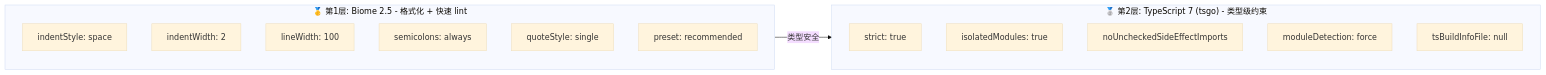
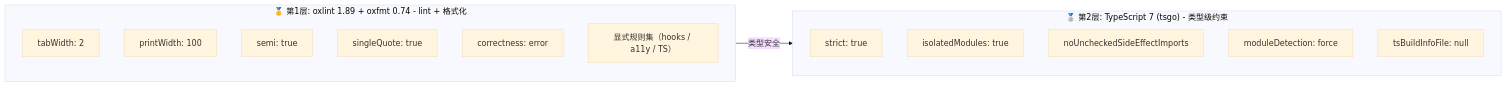
Diagram 31 of 49 in docs/S4-面试冲刺/00-面试技术亮点汇总.md (KMaybe01/interview-demo), drawn with Mermaid (base theme) before and after one commit. The commit also changed other lines of this file and 43 other files, not shown here.

First line of the commit message:
build(tooling): 用 oxlint + oxfmt 替换 Biome

````diff
--- a/docs/S4-面试冲刺/00-面试技术亮点汇总.md
+++ b/docs/S4-面试冲刺/00-面试技术亮点汇总.md
@@ -5192,21 +5192,21 @@
 ```mermaid
 graph LR
-    subgraph L1["🥇 第1层: Biome 2.5 - 格式化 + 快速 lint"]
-        B1["indentStyle: space"]
-        B2["indentWidth: 2"]
-        B3["lineWidth: 100"]
-        B4["semicolons: always"]
-        B5["quoteStyle: single"]
-        B6["preset: recommended"]
+    subgraph L1["🥇 第1层: oxlint 1.89 + oxfmt 0.74 - lint + 格式化"]
+        B1["tabWidth: 2"]
+        B2["printWidth: 100"]
+        B3["semi: true"]
+        B4["singleQuote: true"]
+        B5["correctness: error"]
+        B6["显式规则集（hooks / a11y / TS）"]
     end
 
     subgraph L2["🥈 第2层: TypeScript 7 (tsgo) - 类型级约束"]
         T1["strict: true"]
         T2["isolatedModules: true"]
         T3["noUncheckedSideEffectImports"]
         T4["moduleDetection: force"]
         T5["tsBuildInfoFile: null"]
     end
 
     L1 -->|"类型安全"| L2
 ```
````
